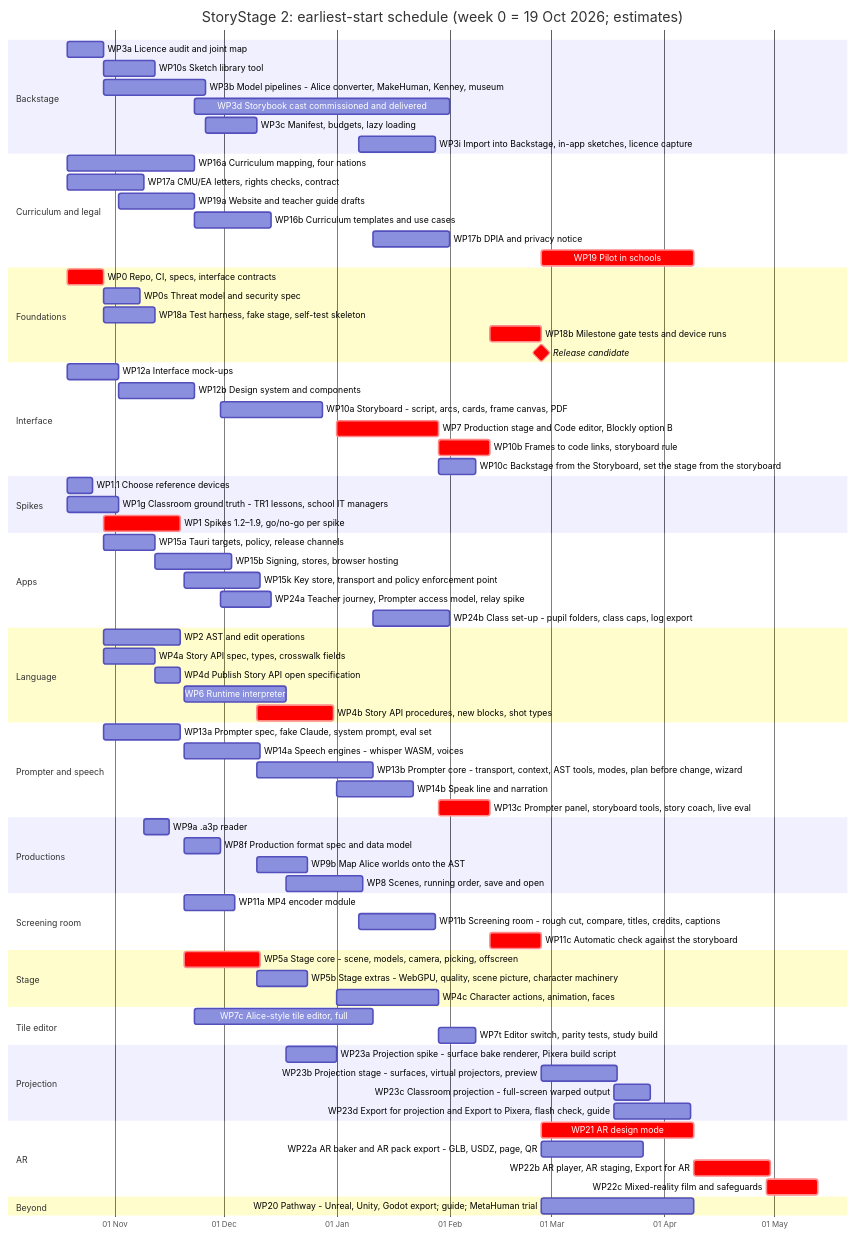
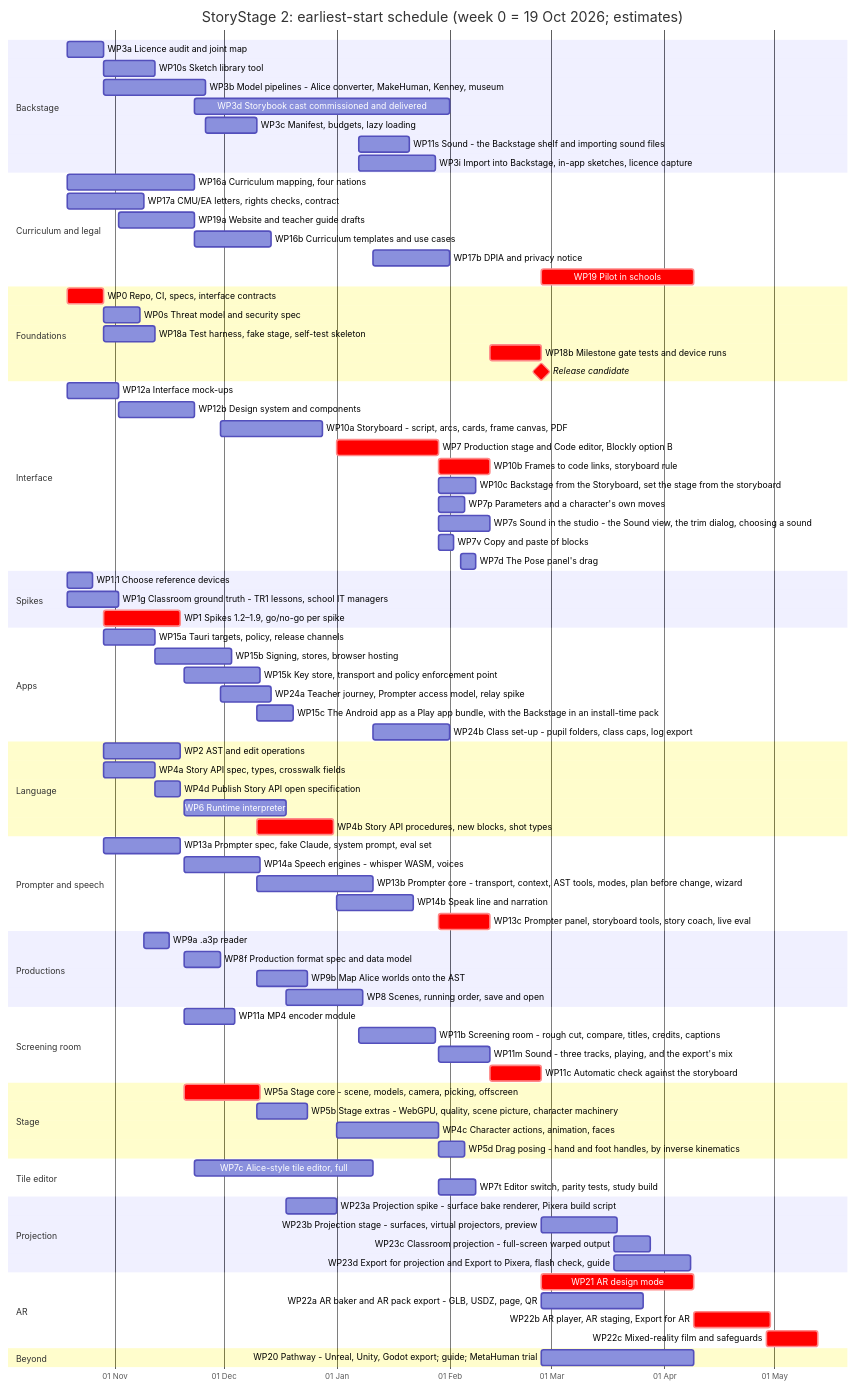
The diagram in docs/WORKPLAN.md (storystage/storystage2), drawn with Mermaid before and after one commit. The commit also changed other lines of this file and 5 other files, not shown here.

```diff
--- a/docs/WORKPLAN.md
+++ b/docs/WORKPLAN.md
@@ -315,6 +323,7 @@
     WP3b Model pipelines - Alice converter, MakeHuman, Kenney, museum :WP3b, 2026-10-29, 28d
     WP3d Storybook cast commissioned and delivered :WP3d, 2026-11-23, 70d
     WP3c Manifest, budgets, lazy loading :WP3c, 2026-11-26, 14d
+    WP11s Sound - the Backstage shelf and importing sound files :WP11s, 2027-01-07, 14d
     WP3i Import into Backstage, in-app sketches, licence capture :WP3i, 2027-01-07, 21d
     section Curriculum and legal
     WP16a Curriculum mapping, four nations :WP16a, 2026-10-19, 35d
@@ -336,6 +345,10 @@
     WP7 Production stage and Code editor, Blockly option B :crit, WP7, 2027-01-01, 28d
     WP10b Frames to code links, storyboard rule :crit, WP10b, 2027-01-29, 14d
     WP10c Backstage from the Storyboard, set the stage from the storyboard :WP10c, 2027-01-29, 10d
+    WP7p Parameters and a character's own moves :WP7p, 2027-01-29, 7d
+    WP7s Sound in the studio - the Sound view, the trim dialog, choosing a sound :WP7s, 2027-01-29, 14d
+    WP7v Copy and paste of blocks :WP7v, 2027-01-29, 4d
+    WP7d The Pose panel's drag :WP7d, 2027-02-04, 4d
     section Spikes
     WP1.1 Choose reference devices :WP1_1, 2026-10-19, 7d
     WP1g Classroom ground truth - TR1 lessons, school IT managers :WP1g, 2026-10-19, 14d
@@ -345,6 +358,7 @@
     WP15b Signing, stores, browser hosting :WP15b, 2026-11-12, 21d
     WP15k Key store, transport and policy enforcement point :WP15k, 2026-11-20, 21d
     WP24a Teacher journey, Prompter access model, relay spike :WP24a, 2026-11-30, 14d
+    WP15c The Android app as a Play app bundle, with the Backstage in an install-time pack :WP15c, 2026-12-10, 10d
     WP24b Class set-up - pupil folders, class caps, log export :WP24b, 2027-01-11, 21d
     section Language
     WP2 AST and edit operations :WP2, 2026-10-29, 21d
@@ -366,11 +380,13 @@
     section Screening room
     WP11a MP4 encoder module :WP11a, 2026-11-20, 14d
     WP11b Screening room - rough cut, compare, titles, credits, captions :WP11b, 2027-01-07, 21d
+    WP11m Sound - three tracks, playing, and the export's mix :WP11m, 2027-01-29, 14d
     WP11c Automatic check against the storyboard :crit, WP11c, 2027-02-12, 14d
     section Stage
     WP5a Stage core - scene, models, camera, picking, offscreen :crit, WP5a, 2026-11-20, 21d
     WP5b Stage extras - WebGPU, quality, scene picture, character machinery :WP5b, 2026-12-10, 14d
     WP4c Character actions, animation, faces :WP4c, 2027-01-01, 28d
+    WP5d Drag posing - hand and foot handles, by inverse kinematics :WP5d, 2027-01-29, 7d
     section Tile editor
     WP7c Alice-style tile editor, full :WP7c, 2026-11-23, 49d
     WP7t Editor switch, parity tests, study build :WP7t, 2027-01-29, 10d
```
